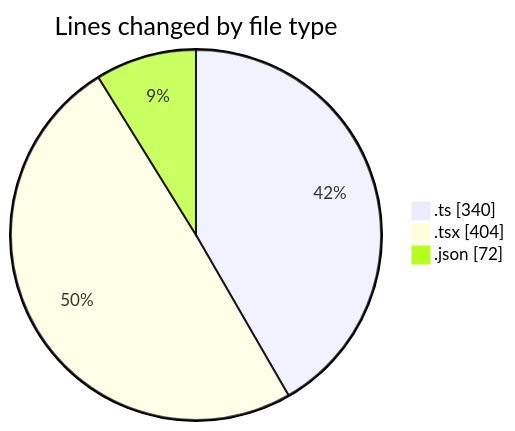
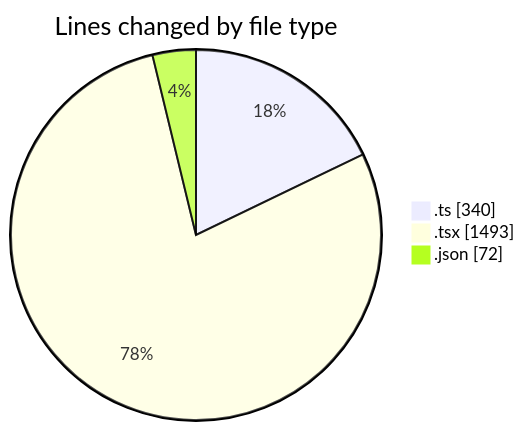
One commit to momahboobian/code-tracking changed the first of 2 diagrams in 2026-10-15/cda/README.md. Above: the diagram before and after it, drawn with Mermaid. The commit also changed other lines of this file and 1 other file, not shown here.

````diff
--- a/2026-10-15/cda/README.md
+++ b/2026-10-15/cda/README.md
@@ -25,7 +26,7 @@
 ```mermaid
 pie showData
 title Lines changed by file type
 ".ts" : 340
-".tsx" : 404
+".tsx" : 1493
 ".json" : 72
 ```
````
